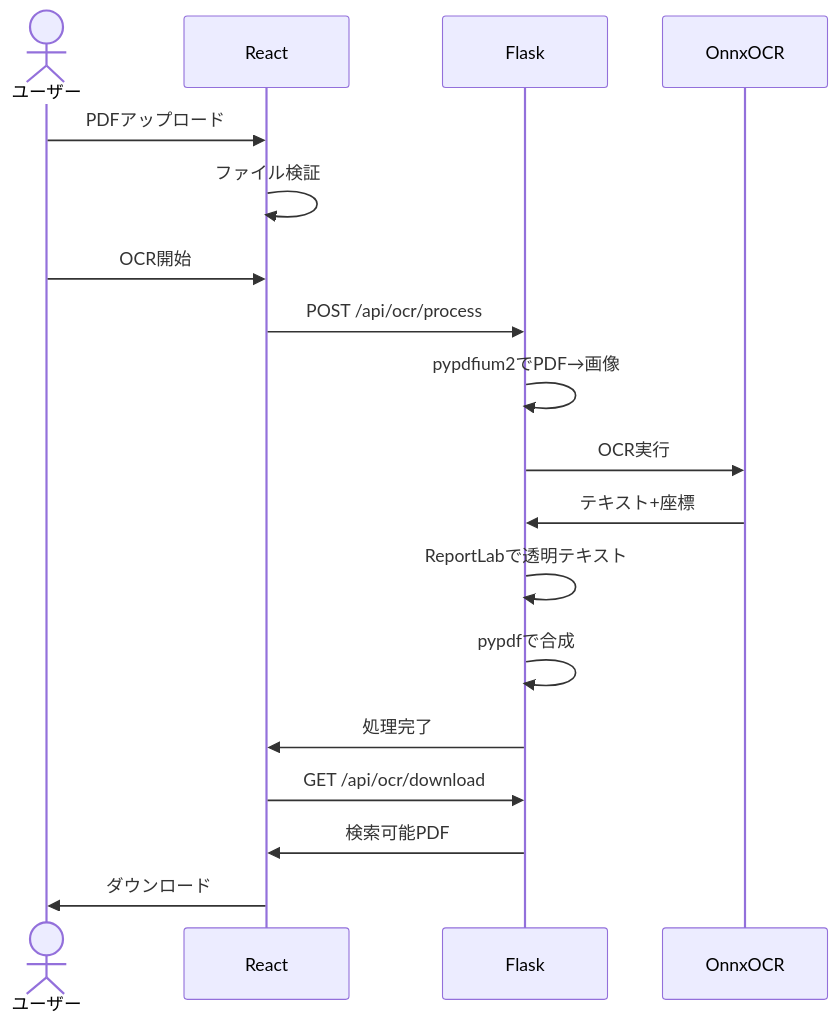
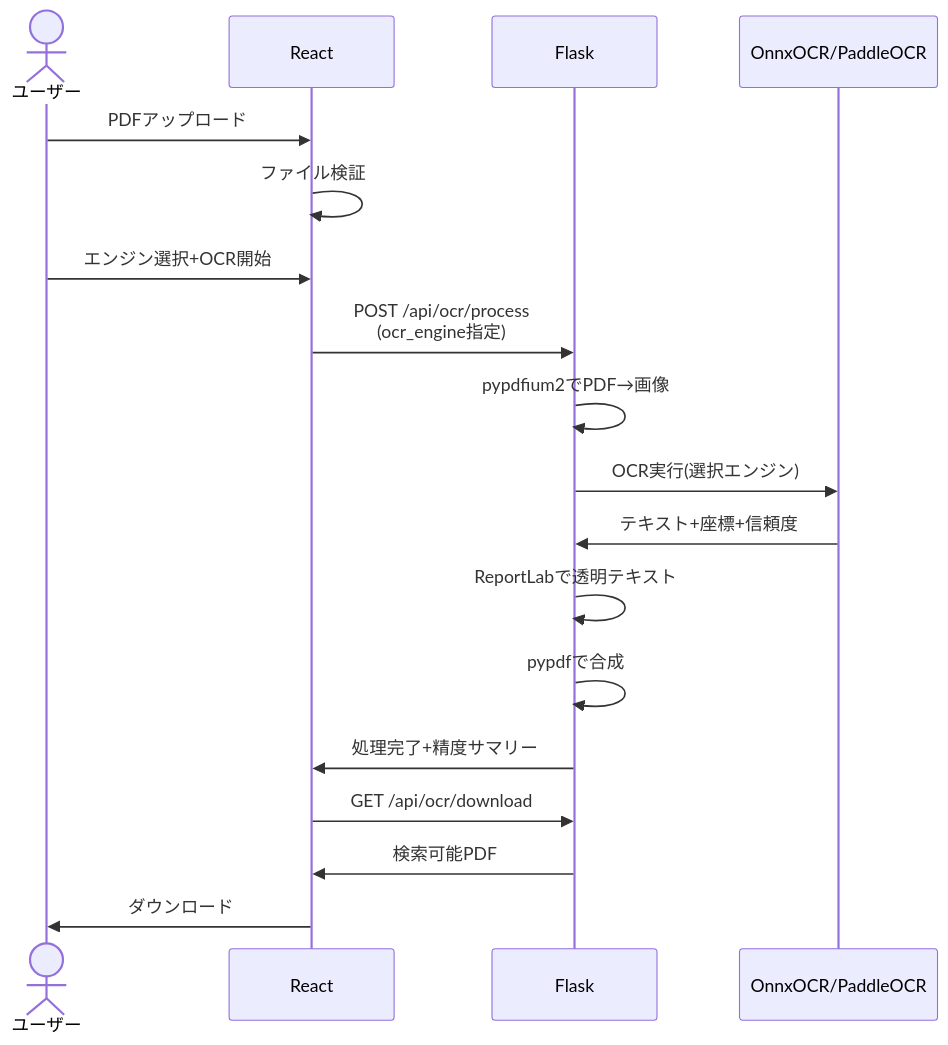
The second of 2 diagrams in README.md (J1921604/OCR-PDF-Converter), drawn with Mermaid before and after one commit. The commit also changed other lines of this file and 12 other files, not shown here.

````diff
--- a/README.md
+++ b/README.md
@@ -120,21 +119,21 @@
 ```mermaid
 sequenceDiagram
     actor ユーザー
     participant React
     participant Flask
-    participant OnnxOCR
+    participant OCR as OnnxOCR/PaddleOCR
     
     ユーザー->>React: PDFアップロード
     React->>React: ファイル検証
-    ユーザー->>React: OCR開始
-    React->>Flask: POST /api/ocr/process
+    ユーザー->>React: エンジン選択+OCR開始
+    React->>Flask: POST /api/ocr/process<br/>(ocr_engine指定)
     Flask->>Flask: pypdfium2でPDF→画像
-    Flask->>OnnxOCR: OCR実行
-    OnnxOCR->>Flask: テキスト+座標
+    Flask->>OCR: OCR実行(選択エンジン)
+    OCR->>Flask: テキスト+座標+信頼度
     Flask->>Flask: ReportLabで透明テキスト
     Flask->>Flask: pypdfで合成
-    Flask->>React: 処理完了
+    Flask->>React: 処理完了+精度サマリー
     React->>Flask: GET /api/ocr/download
     Flask->>React: 検索可能PDF
     React->>ユーザー: ダウンロード
 ```
````
